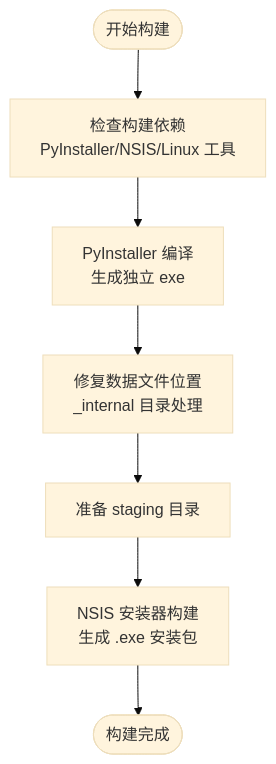
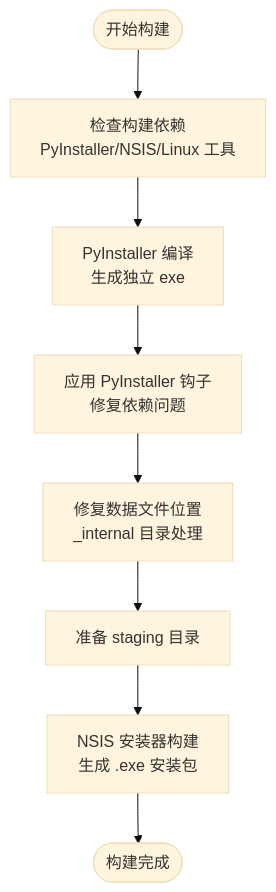
Before and after one commit to joyafa/knowledge: the third of 6 diagrams in .qoder/repowiki/zh/content/部署与运维/部署与运维.md, drawn with Mermaid (base theme). The commit also changed other lines of this file and 18 other files, not shown here.

````diff
--- a/.qoder/repowiki/zh/content/部署与运维/部署与运维.md
+++ b/.qoder/repowiki/zh/content/部署与运维/部署与运维.md
@@ -194,9 +208,10 @@
 ```mermaid
 flowchart TD
 Start(["开始构建"]) --> CheckDeps["检查构建依赖<br/>PyInstaller/NSIS/Linux 工具"]
 CheckDeps --> BuildPyI["PyInstaller 编译<br/>生成独立 exe"]
-BuildPyI --> FixData["修复数据文件位置<br/>_internal 目录处理"]
+BuildPyI --> ApplyHooks["应用 PyInstaller 钩子<br/>修复依赖问题"]
+ApplyHooks --> FixData["修复数据文件位置<br/>_internal 目录处理"]
 FixData --> PrepareStage["准备 staging 目录"]
 PrepareStage --> BuildNSIS["NSIS 安装器构建<br/>生成 .exe 安装包"]
 BuildNSIS --> Complete(["构建完成"])
 ```
````
